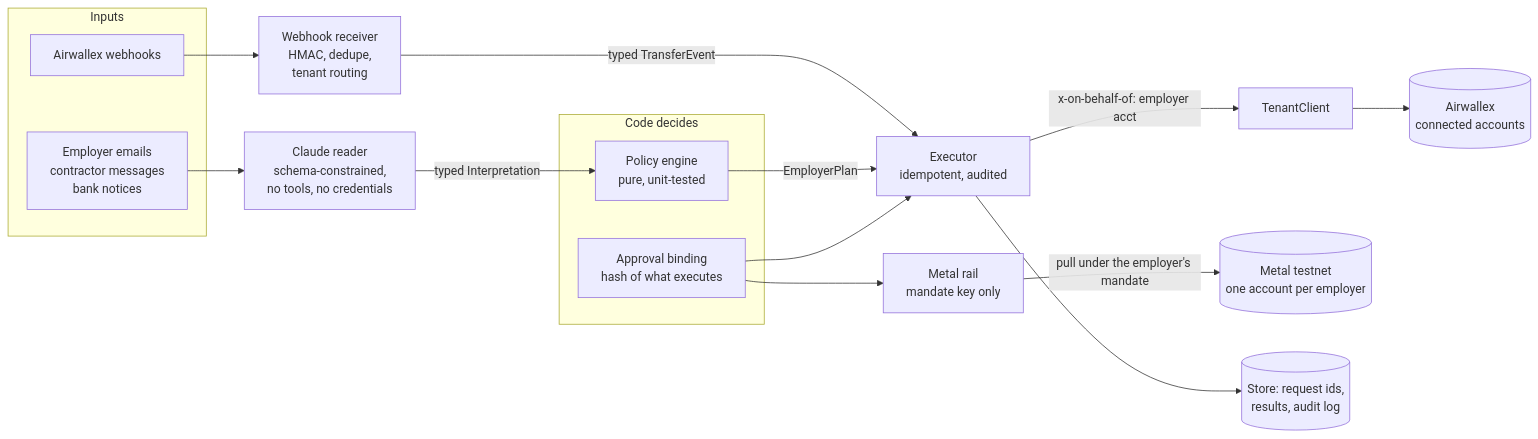
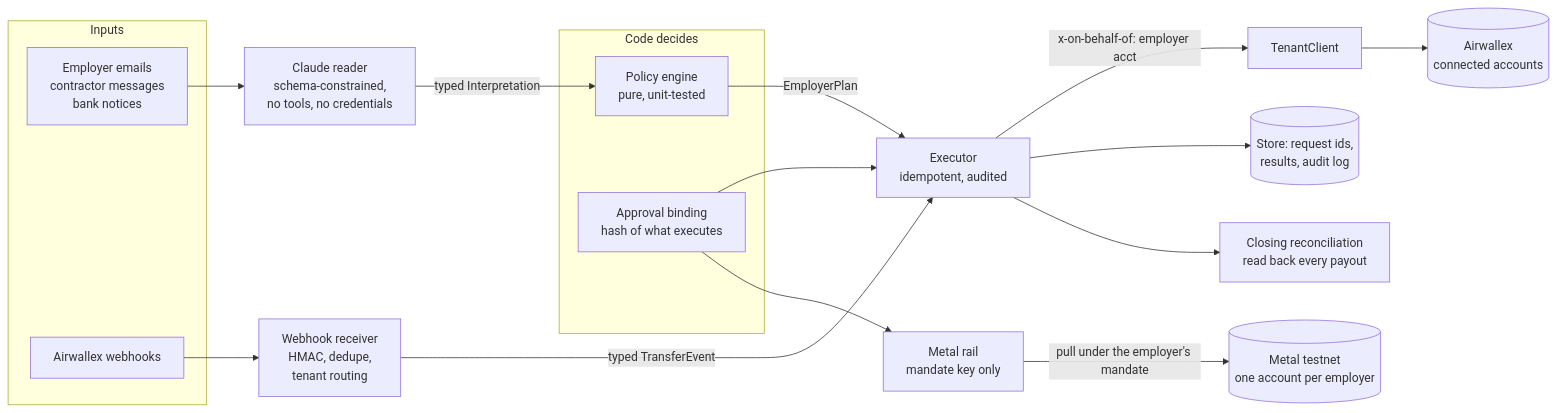
Before and after one commit to acirema792/payday-guardian: the diagram in README.md, drawn with Mermaid. The commit also changed other lines of this file and 44 other files, not shown here.

````diff
--- a/README.md
+++ b/README.md
@@ -67,22 +74,23 @@
 ```mermaid
 flowchart LR
   subgraph Inputs
     M[Employer emails<br/>contractor messages<br/>bank notices]
     W[Airwallex webhooks]
   end
   M --> R[Claude reader<br/>schema-constrained,<br/>no tools, no credentials]
   R -- typed Interpretation --> P
   W --> V[Webhook receiver<br/>HMAC, dedupe,<br/>tenant routing]
   V -- typed TransferEvent --> X
   subgraph Code decides
     P[Policy engine<br/>pure, unit-tested]
     A[Approval binding<br/>hash of what executes]
   end
   P -- EmployerPlan --> X[Executor<br/>idempotent, audited]
   A --> X
   X -- x-on-behalf-of: employer acct --> T[TenantClient]
   T --> AW[(Airwallex<br/>connected accounts)]
   A --> MR[Metal rail<br/>mandate key only]
   MR -- pull under the employer's mandate --> MT[(Metal testnet<br/>one account per employer)]
   X --> S[(Store: request ids,<br/>results, audit log)]
+  X --> RC[Closing reconciliation<br/>read back every payout]
 ```
````
